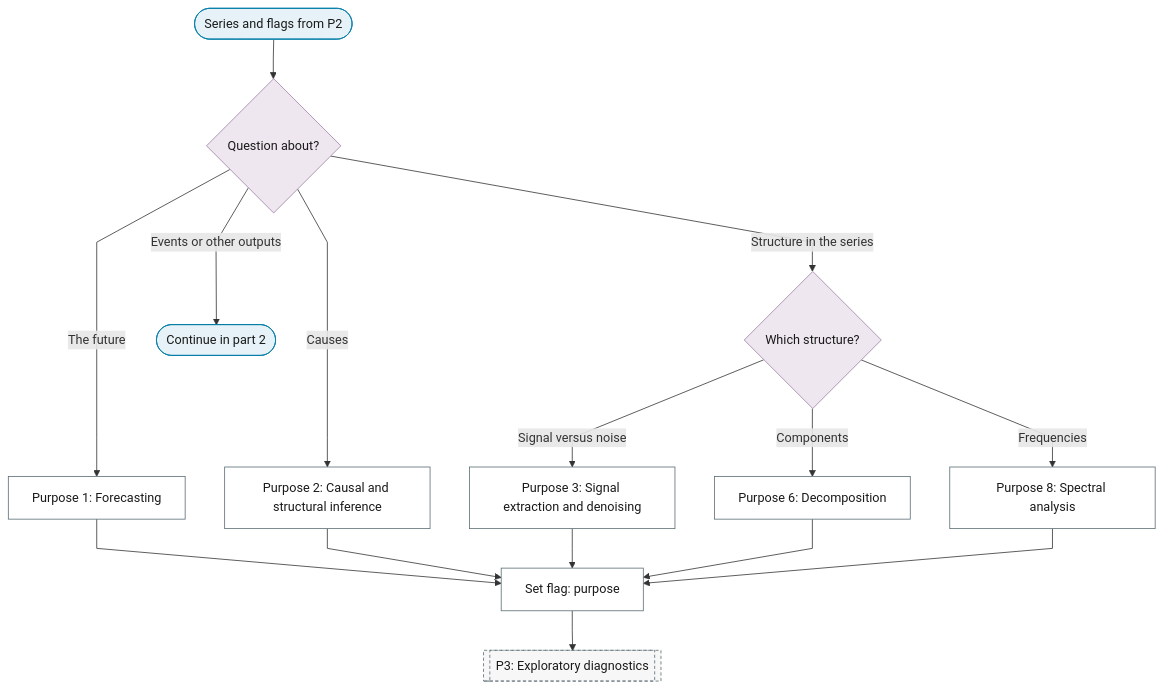
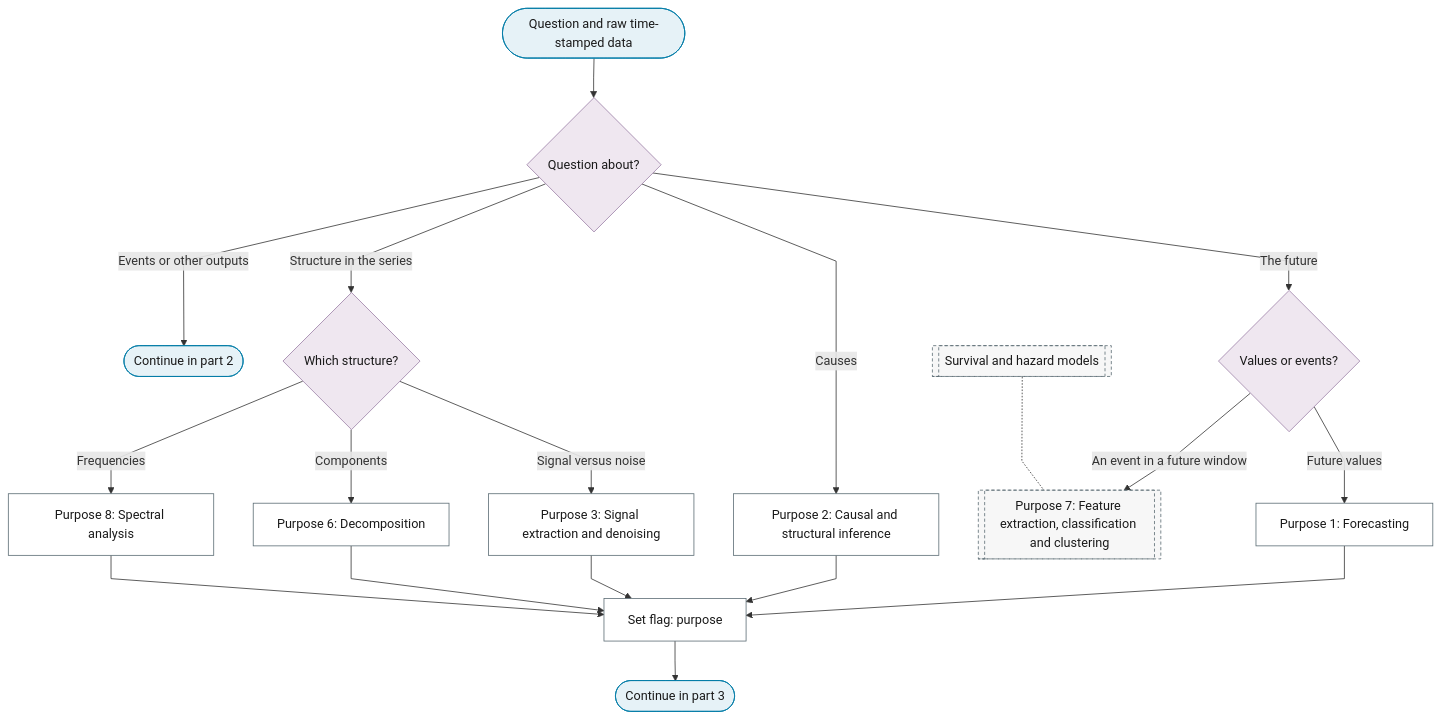
One commit to Shuxin-Y/time-series-analysis-manual changed the first of 4 diagrams in docs/01-workflow/p00-purpose/index.md. Above: the diagram before and after it, drawn with Mermaid. The commit also changed other lines of this file and 3 other files, not shown here.

First line of the commit message:
feat(p0): evaluation plan and preservation flags before any data step

````diff
--- a/docs/01-workflow/p00-purpose/index.md
+++ b/docs/01-workflow/p00-purpose/index.md
@@ -11,26 +11,29 @@
 ```mermaid
 %%{init: {"flowchart": {"curve": "linear"}}}%%
 graph TD
-    P0_IN(["Series and flags from P2"]) --> P0_QUESTION{"Question about?"}
-    P0_QUESTION -->|"The future"| P0_FORECASTING["Purpose 1: Forecasting"]
+    P0_IN(["Question and raw time-stamped data"]) --> P0_QUESTION{"Question about?"}
+    P0_QUESTION -->|"The future"| P0_FUTURE{"Values or events?"}
     P0_QUESTION -->|"Causes"| P0_CAUSAL["Purpose 2: Causal and structural inference"]
     P0_QUESTION -->|"Structure in the series"| P0_STRUCTURE{"Which structure?"}
     P0_QUESTION -->|"Events or other outputs"| P0_TO_PART_2(["Continue in part 2"])
+    P0_FUTURE -->|"Future values"| P0_FORECASTING["Purpose 1: Forecasting"]
+    P0_FUTURE -->|"An event in a future window"| P0_FEATURES[["Purpose 7: Feature extraction, classification and clustering"]]
     P0_STRUCTURE -->|"Signal versus noise"| P0_SIGNAL["Purpose 3: Signal extraction and denoising"]
     P0_STRUCTURE -->|"Components"| P0_DECOMPOSITION["Purpose 6: Decomposition"]
     P0_STRUCTURE -->|"Frequencies"| P0_SPECTRAL["Purpose 8: Spectral analysis"]
     P0_FORECASTING & P0_CAUSAL & P0_SIGNAL & P0_DECOMPOSITION & P0_SPECTRAL --> P0_PURPOSE_FLAG["Set flag: purpose"]
-    P0_PURPOSE_FLAG --> P3[["P3: Exploratory diagnostics"]]
-    class P0_IN,P0_TO_PART_2 terminator
-    class P0_QUESTION,P0_STRUCTURE decision
+    P0_PURPOSE_FLAG --> P0_TO_PART_3(["Continue in part 3"])
+    B2_SURVIVAL[["Survival and hazard models"]] -.- P0_FEATURES
+    class P0_IN,P0_TO_PART_2,P0_TO_PART_3 terminator
+    class P0_QUESTION,P0_FUTURE,P0_STRUCTURE decision
     class P0_FORECASTING,P0_CAUSAL,P0_SIGNAL,P0_DECOMPOSITION,P0_SPECTRAL,P0_PURPOSE_FLAG process
-    class P3 ref
+    class P0_FEATURES,B2_SURVIVAL ref
     classDef terminator fill:#E6F2F7,stroke:#007BA7,color:#1A1A1A;
     classDef process fill:#FFFFFF,stroke:#5A6B73,color:#1A1A1A;
     classDef decision fill:#EFE7F0,stroke:#9B7FA7,color:#1A1A1A;
     classDef data fill:#FFF4E0,stroke:#C9A55E,color:#1A1A1A;
     classDef good fill:#DCEFD8,stroke:#4A7A3F,color:#1A1A1A;
     classDef escalate fill:#FFE9C2,stroke:#C9A55E,color:#1A1A1A;
     classDef problem fill:#F2D9DE,stroke:#800020,color:#1A1A1A;
     classDef ref fill:#F7F7F7,stroke:#5A6B73,color:#1A1A1A,stroke-dasharray:4 3;
 ```
````
